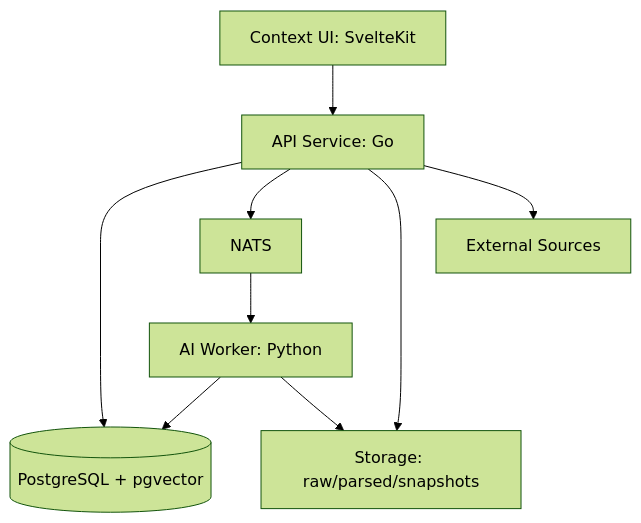
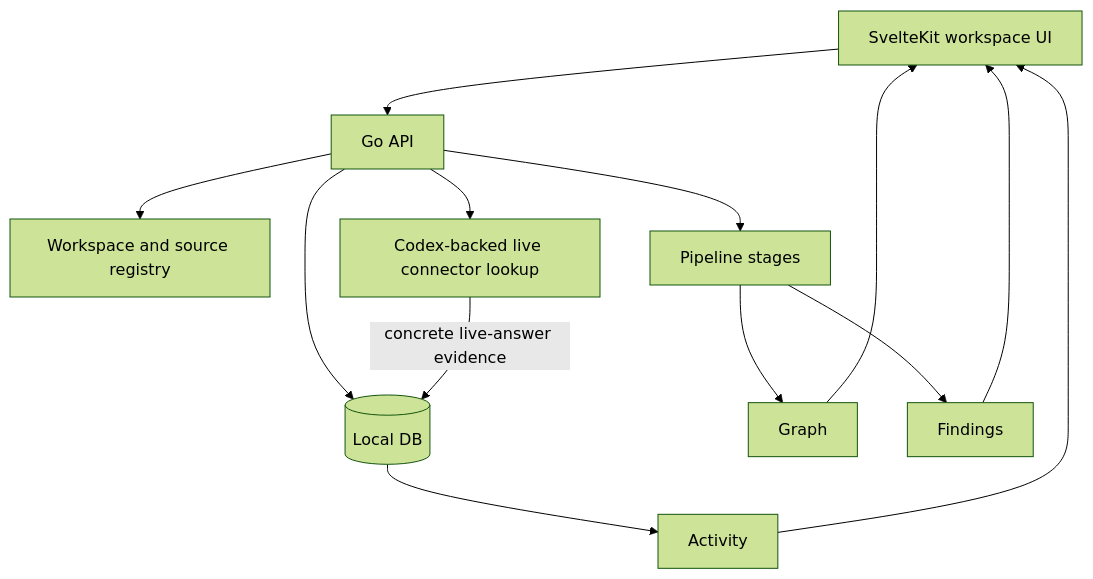
The diagram in README.md (sx-tane/context-os), drawn with Mermaid (forest theme) before and after one commit. The commit also changed other lines of this file and 10 other files, not shown here.

````diff
--- a/README.md
+++ b/README.md
@@ -51,20 +21,15 @@
 ```mermaid
 flowchart TD
-  UI[Context UI: SvelteKit]
-  API[API Service: Go]
-  AW[AI Worker: Python]
-  Q[NATS]
-  DB[(PostgreSQL + pgvector)]
-  ST[Storage: raw/parsed/snapshots]
-  SRC[External Sources]
-
-  UI --> API
-  API --> DB
-  API --> Q
-  API --> ST
-  API --> SRC
-
-  Q --> AW
-  AW --> DB
-  AW --> ST
+  UI[SvelteKit workspace UI] --> API[Go API]
+  API --> REG[Workspace and source registry]
+  API --> LIVE[Codex-backed live connector lookup]
+  API --> DB[(Local DB)]
+  API --> PIPE[Pipeline stages]
+  LIVE -->|concrete live-answer evidence| DB
+  DB --> ACT[Activity]
+  PIPE --> GRAPH[Graph]
+  PIPE --> FIND[Findings]
+  ACT --> UI
+  GRAPH --> UI
+  FIND --> UI
 ```
````
